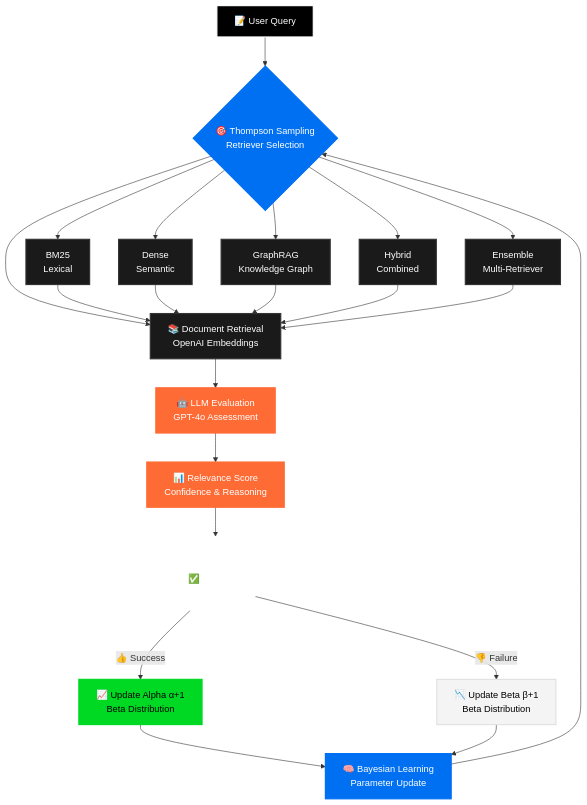
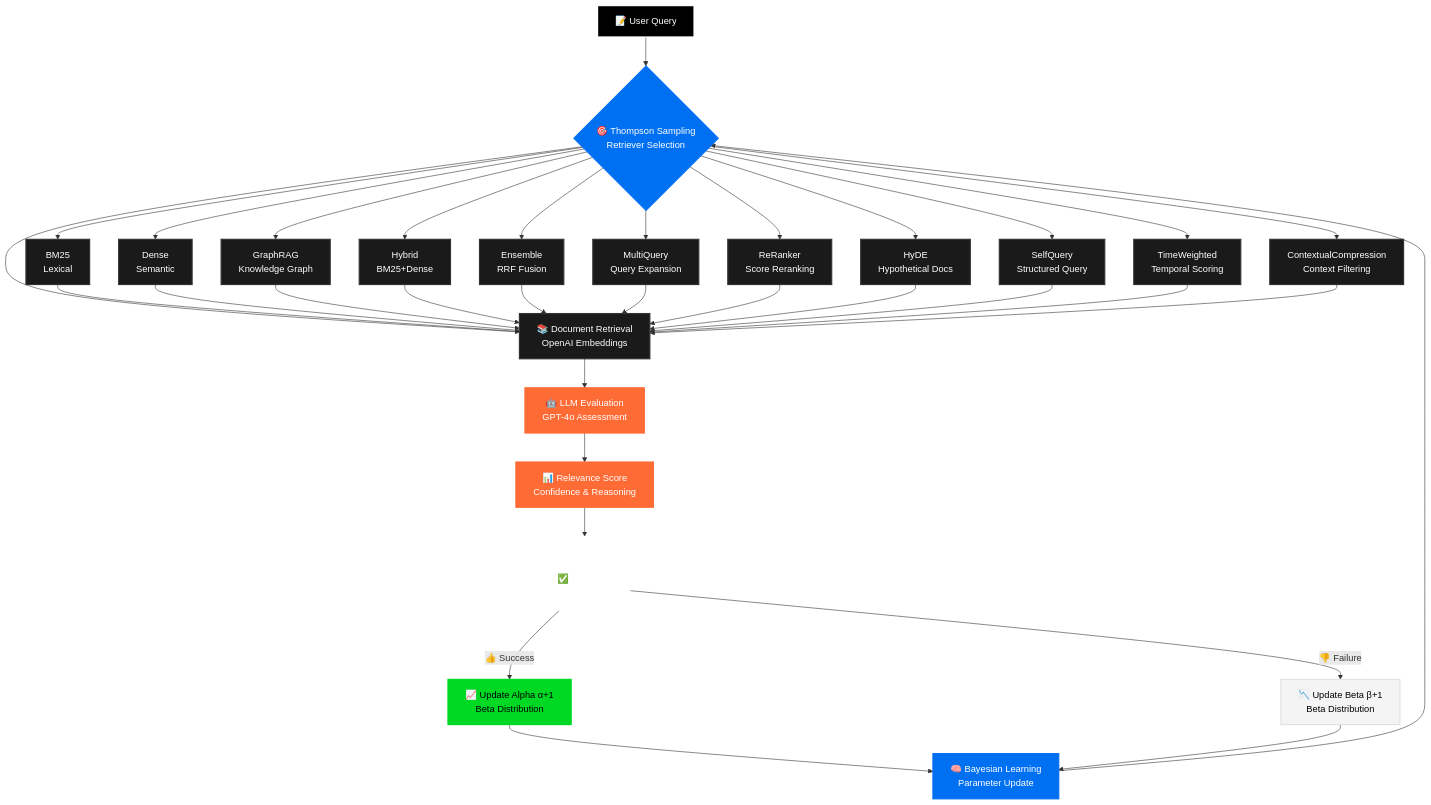
One commit to tylergibbs1/thompsonsamplingrag changed the first of 2 diagrams in README.md. Above: the diagram before and after it, drawn with Mermaid. The commit also changed other lines of this file, not shown here.

````diff
--- a/README.md
+++ b/README.md
@@ -182,44 +175,61 @@
 ```mermaid
 graph TD
     A[📝 User Query] --> B{🎯 Thompson Sampling<br/>Retriever Selection}
     B --> C[📚 Document Retrieval<br/>OpenAI Embeddings]
     C --> D[🤖 LLM Evaluation<br/>GPT-4o Assessment]
     D --> E[📊 Relevance Score<br/>Confidence & Reasoning]
     E --> F{✅ Feedback<br/>Relevant?}
     F -->|👍 Success| G[📈 Update Alpha α+1<br/>Beta Distribution]
     F -->|👎 Failure| H[📉 Update Beta β+1<br/>Beta Distribution]
     G --> I[🧠 Bayesian Learning<br/>Parameter Update]
     H --> I
     I --> B
     
-    %% Retriever types
+    %% Basic Retrievers
     B --> J[BM25<br/>Lexical]
     B --> K[Dense<br/>Semantic]
     B --> L[GraphRAG<br/>Knowledge Graph]
-    B --> M[Hybrid<br/>Combined]
-    B --> N[Ensemble<br/>Multi-Retriever]
     
+    %% Advanced Retrievers
+    B --> M[Hybrid<br/>BM25+Dense]
+    B --> N[Ensemble<br/>RRF Fusion]
+    B --> O[MultiQuery<br/>Query Expansion]
+    
+    %% Next-Gen Retrievers
+    B --> P[ReRanker<br/>Score Reranking]
+    B --> Q[HyDE<br/>Hypothetical Docs]
+    B --> R[SelfQuery<br/>Structured Query]
+    B --> S[TimeWeighted<br/>Temporal Scoring]
+    B --> T[ContextualCompression<br/>Context Filtering]
+    
+    %% All retrievers connect to retrieval
     J --> C
     K --> C
     L --> C
     M --> C
     N --> C
+    O --> C
+    P --> C
+    Q --> C
+    R --> C
+    S --> C
+    T --> C
     
     %% Modern Styling
     classDef primary fill:#000,stroke:#fff,stroke-width:2px,color:#fff
     classDef secondary fill:#1a1a1a,stroke:#333,stroke-width:2px,color:#fff
     classDef accent fill:#0070f3,stroke:#0070f3,stroke-width:2px,color:#fff
     classDef success fill:#00d924,stroke:#00d924,stroke-width:2px,color:#000
     classDef warning fill:#ff6b35,stroke:#ff6b35,stroke-width:2px,color:#fff
     classDef neutral fill:#f4f4f4,stroke:#e1e1e1,stroke-width:2px,color:#000
     classDef glass fill:#ffffff20,stroke:#ffffff40,stroke-width:1px,color:#fff,stroke-dasharray: 5 5
     
     %% Apply styles
     class A primary
     class B,I accent
-    class C,J,K,L,M,N secondary
+    class C,J,K,L,M,N,O,P,Q,R,S,T secondary
     class D,E warning
     class F glass
     class G success
     class H neutral
 ```
````
